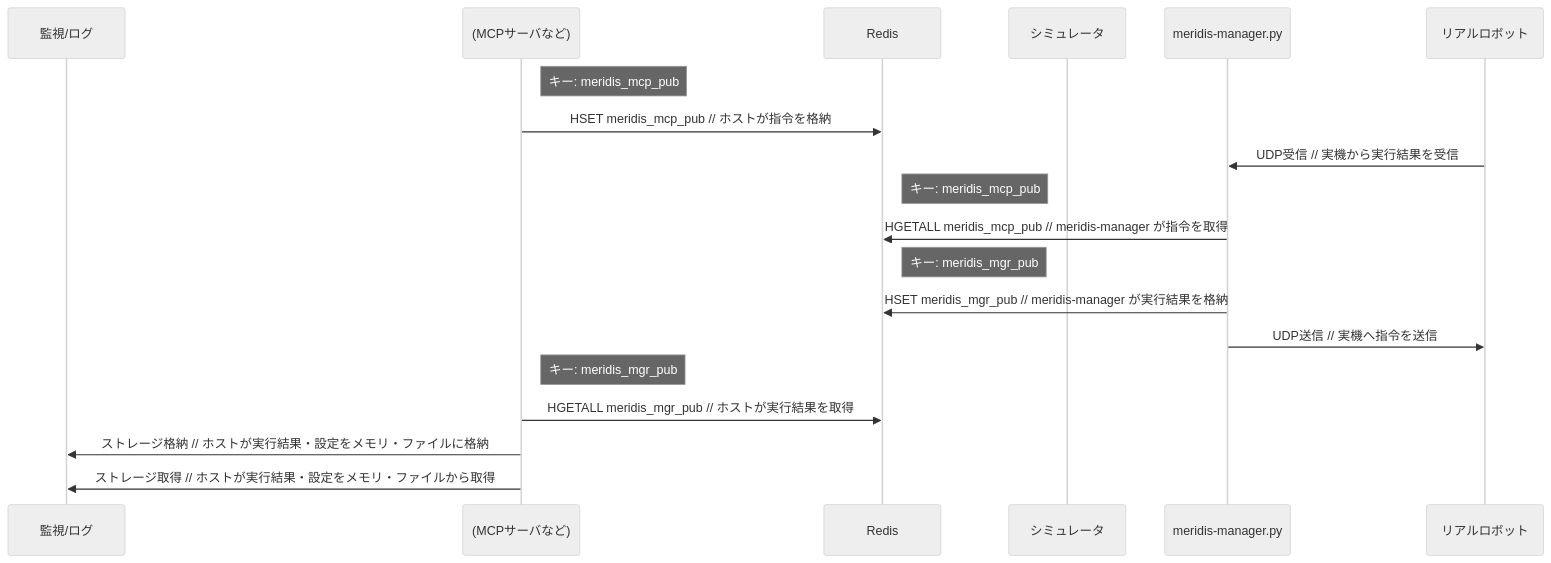
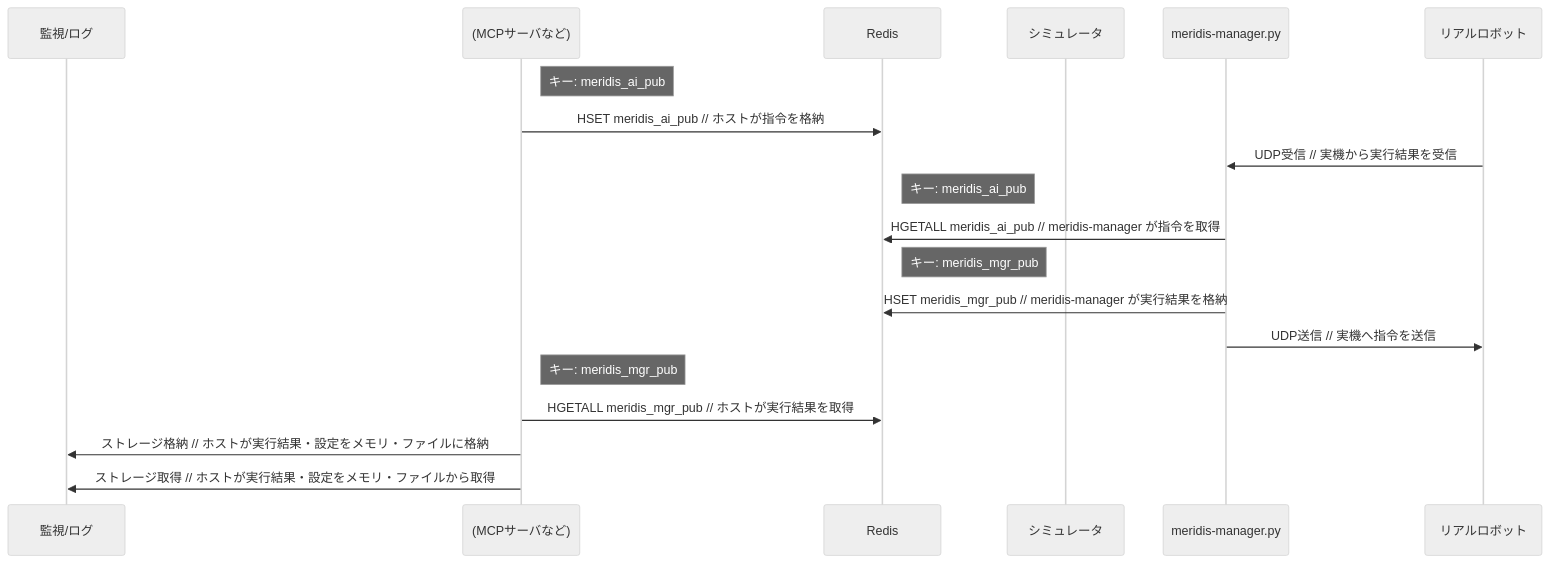
One commit to holypong/meridis changed the fourth of 4 diagrams in README_advance.md. Above: the diagram before and after it, drawn with Mermaid (neutral theme). The commit also changed other lines of this file and 4 other files, not shown here.

````diff
--- a/README_advance.md
+++ b/README_advance.md
@@ -220,23 +220,23 @@
 ```mermaid
 sequenceDiagram
     participant MON as 監視/ログ
     participant HOST as (MCPサーバなど)
     participant R as Redis
     participant SIM as シミュレータ
     participant MMD as meridis-manager.py
     participant ROB as リアルロボット
 
-    Note right of HOST: キー: meridis_mcp_pub
-    HOST->>R: HSET meridis_mcp_pub // ホストが指令を格納
+    Note right of HOST: キー: meridis_ai_pub
+    HOST->>R: HSET meridis_ai_pub // ホストが指令を格納
     ROB->>MMD: UDP受信  // 実機から実行結果を受信
-    Note right of R: キー: meridis_mcp_pub
-    MMD->>R: HGETALL meridis_mcp_pub  // meridis-manager が指令を取得
+    Note right of R: キー: meridis_ai_pub
+    MMD->>R: HGETALL meridis_ai_pub  // meridis-manager が指令を取得
     Note right of R: キー: meridis_mgr_pub
     MMD->>R: HSET meridis_mgr_pub  // meridis-manager が実行結果を格納
     MMD->>ROB: UDP送信  // 実機へ指令を送信
     Note right of HOST: キー: meridis_mgr_pub
     HOST->>R: HGETALL meridis_mgr_pub // ホストが実行結果を取得
     HOST->>MON: ストレージ格納 // ホストが実行結果・設定をメモリ・ファイルに格納
     HOST->>MON: ストレージ取得 // ホストが実行結果・設定をメモリ・ファイルから取得
 
 ```
````
